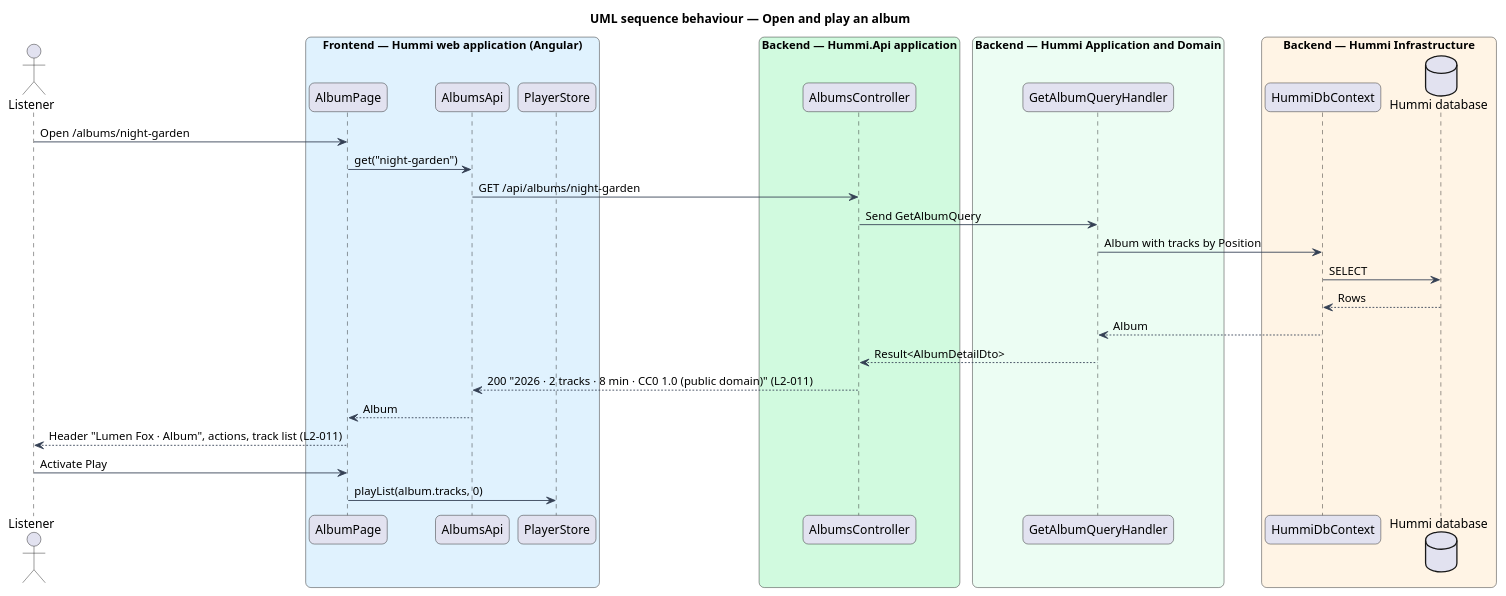
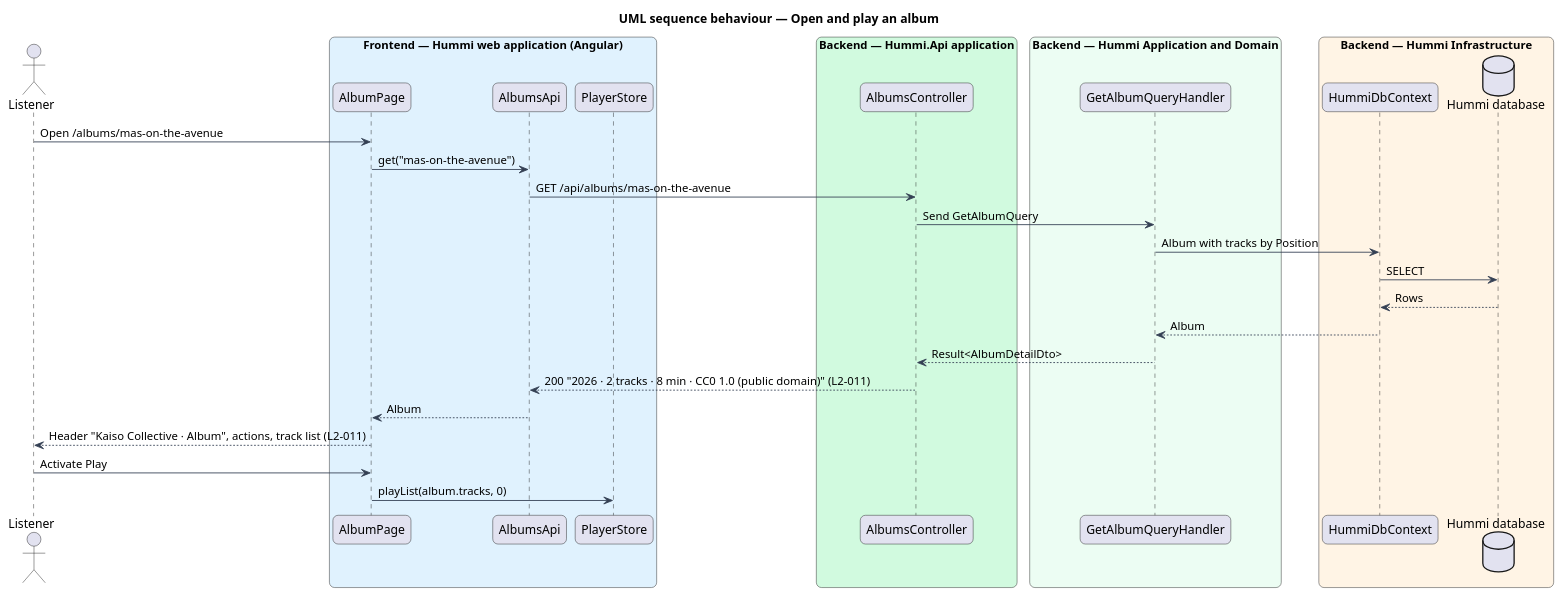
One commit to QuinntyneBrown/hummi changed the diagram in docs/detailed-designs/catalogue/view-album/diagrams/sequence-open-album.puml. Above: the diagram before and after it, drawn with PlantUML. The commit also changed 119 other files, not shown here.

First line of the commit message:
Explore catalogue pages: track, artist, album, licence and Not found

```diff
--- a/docs/detailed-designs/catalogue/view-album/diagrams/sequence-open-album.puml
+++ b/docs/detailed-designs/catalogue/view-album/diagrams/sequence-open-album.puml
@@ -1,47 +1,47 @@
 @startuml
 title UML sequence behaviour — Open and play an album
 skinparam backgroundColor #FFFFFF
 skinparam shadowing false
 skinparam roundcorner 12
 skinparam defaultFontName Arial
 skinparam ArrowColor #344054
 skinparam rectangle {
   BorderColor #344054
   FontColor #101828
 }
 skinparam package {
   BorderColor #667085
   FontColor #101828
   BackgroundColor #F9FAFB
 }
 actor "Listener" as u
 box "Frontend — Hummi web application (Angular)" #E0F2FE
   participant "AlbumPage" as page
   participant "AlbumsApi" as client
   participant "PlayerStore" as player
 end box
 box "Backend — Hummi.Api application" #D1FADF
   participant "AlbumsController" as ctl
 end box
 box "Backend — Hummi Application and Domain" #ECFDF3
   participant "GetAlbumQueryHandler" as q
 end box
 box "Backend — Hummi Infrastructure" #FFF4E5
   participant "HummiDbContext" as ctx
   database "Hummi database" as db
 end box
-u -> page : Open /albums/night-garden
-page -> client : get("night-garden")
-client -> ctl : GET /api/albums/night-garden
+u -> page : Open /albums/mas-on-the-avenue
+page -> client : get("mas-on-the-avenue")
+client -> ctl : GET /api/albums/mas-on-the-avenue
 ctl -> q : Send GetAlbumQuery
 q -> ctx : Album with tracks by Position
 ctx -> db : SELECT
 db --> ctx : Rows
 ctx --> q : Album
 q --> ctl : Result<AlbumDetailDto>
 ctl --> client : 200 "2026 · 2 tracks · 8 min · CC0 1.0 (public domain)" (L2-011)
 client --> page : Album
-page --> u : Header "Lumen Fox · Album", actions, track list (L2-011)
+page --> u : Header "Kaiso Collective · Album", actions, track list (L2-011)
 u -> page : Activate Play
 page -> player : playList(album.tracks, 0)
 @enduml
```
